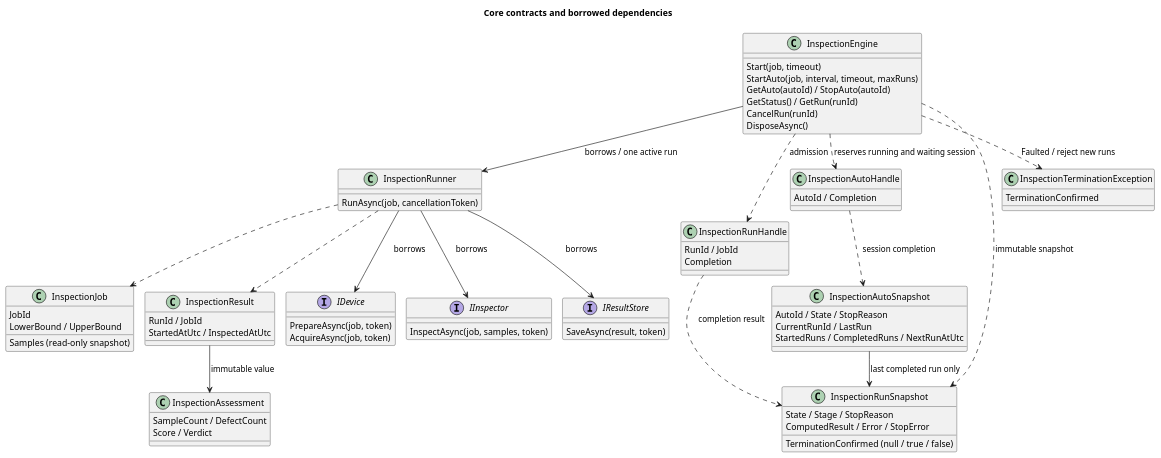
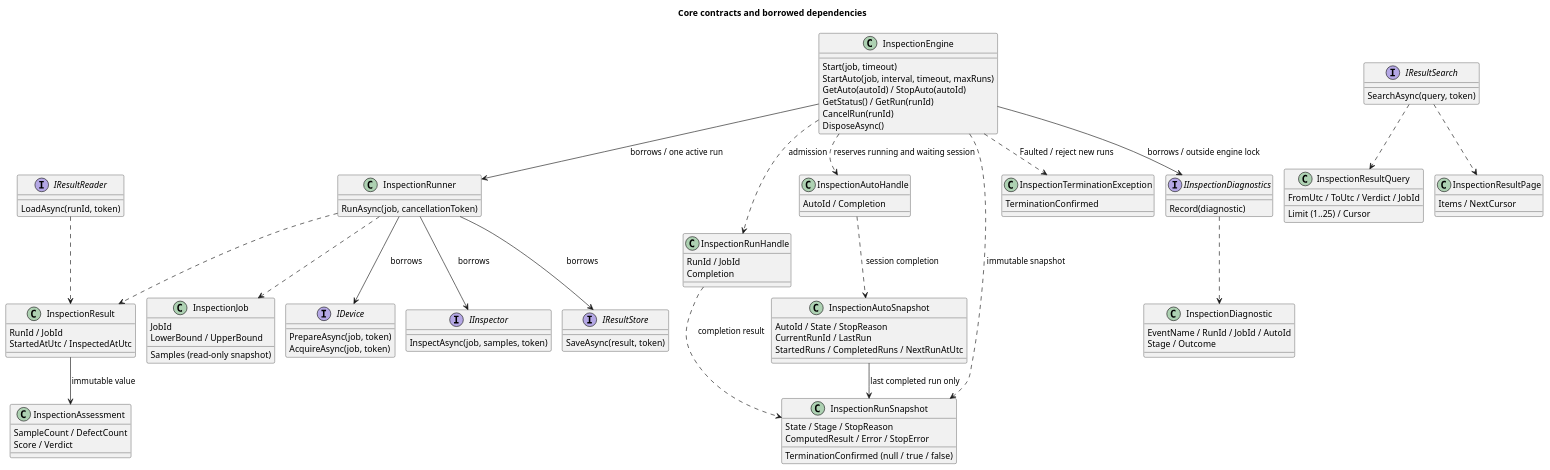
Before and after one commit to Myoungmin/CSharp-InspectionCore-Lab: the diagram in docs/diagrams/core-class.puml, drawn with PlantUML. The commit also changed 53 other files, not shown here.

```diff
--- a/docs/diagrams/core-class.puml
+++ b/docs/diagrams/core-class.puml
@@ -1,72 +1,97 @@
 @startuml core-class
 !pragma layout smetana
 title Core contracts and borrowed dependencies
 class InspectionJob {
   JobId
   Samples (read-only snapshot)
   LowerBound / UpperBound
 }
 class InspectionResult {
   RunId / JobId
   StartedAtUtc / InspectedAtUtc
 }
 class InspectionAssessment {
   SampleCount / DefectCount
   Score / Verdict
 }
 class InspectionRunner {
   RunAsync(job, cancellationToken)
 }
 class InspectionEngine {
   Start(job, timeout)
   StartAuto(job, interval, timeout, maxRuns)
   GetAuto(autoId) / StopAuto(autoId)
   GetStatus() / GetRun(runId)
   CancelRun(runId)
   DisposeAsync()
 }
 class InspectionRunHandle {
   RunId / JobId
   Completion
 }
 class InspectionAutoHandle {
   AutoId / Completion
 }
 class InspectionAutoSnapshot {
   AutoId / State / StopReason
   CurrentRunId / LastRun
   StartedRuns / CompletedRuns / NextRunAtUtc
 }
 class InspectionRunSnapshot {
   State / Stage / StopReason
   ComputedResult / Error / StopError
   TerminationConfirmed (null / true / false)
 }
 class InspectionTerminationException {
   TerminationConfirmed
 }
 interface IDevice {
   PrepareAsync(job, token)
   AcquireAsync(job, token)
 }
 interface IInspector {
   InspectAsync(job, samples, token)
 }
 interface IResultStore {
   SaveAsync(result, token)
 }
+interface IResultReader {
+  LoadAsync(runId, token)
+}
+interface IResultSearch {
+  SearchAsync(query, token)
+}
+class InspectionResultQuery {
+  FromUtc / ToUtc / Verdict / JobId
+  Limit (1..25) / Cursor
+}
+class InspectionResultPage {
+  Items / NextCursor
+}
+interface IInspectionDiagnostics {
+  Record(diagnostic)
+}
+class InspectionDiagnostic {
+  EventName / RunId / JobId / AutoId
+  Stage / Outcome
+}
+IResultReader ..> InspectionResult
+IResultSearch ..> InspectionResultQuery
+IResultSearch ..> InspectionResultPage
+InspectionEngine --> IInspectionDiagnostics : borrows / outside engine lock
+IInspectionDiagnostics ..> InspectionDiagnostic
 InspectionRunner --> IDevice : borrows
 InspectionEngine --> InspectionRunner : borrows / one active run
 InspectionEngine ..> InspectionRunHandle : admission
 InspectionEngine ..> InspectionAutoHandle : reserves running and waiting session
 InspectionAutoHandle ..> InspectionAutoSnapshot : session completion
 InspectionAutoSnapshot --> InspectionRunSnapshot : last completed run only
 InspectionEngine ..> InspectionRunSnapshot : immutable snapshot
 InspectionEngine ..> InspectionTerminationException : Faulted / reject new runs
 InspectionRunHandle ..> InspectionRunSnapshot : completion result
 InspectionRunner --> IInspector : borrows
 InspectionRunner --> IResultStore : borrows
 InspectionRunner ..> InspectionJob
 InspectionRunner ..> InspectionResult
 InspectionResult --> InspectionAssessment : immutable value
 @enduml
```
